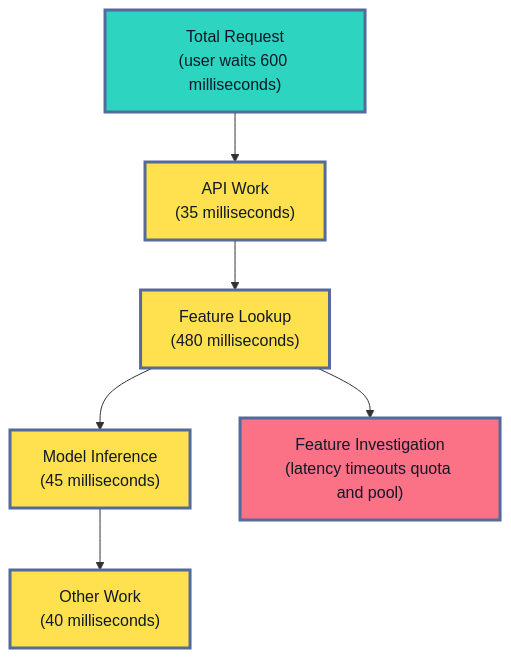
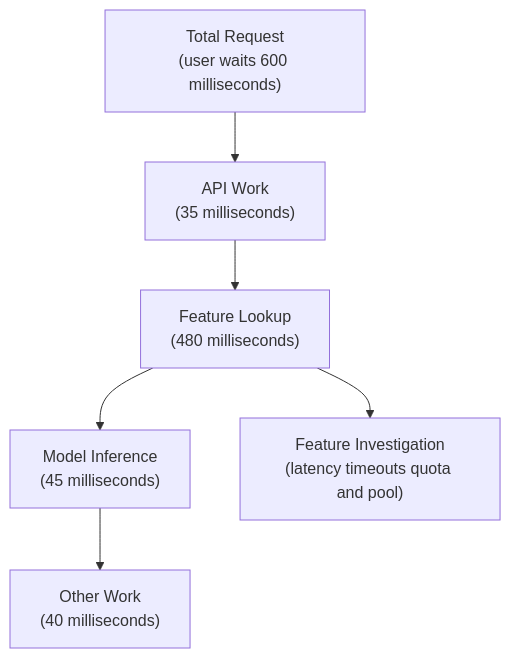
Before and after one commit to senlinyy/dev-roadmaps: the sixth of 11 diagrams in roadmaps/mlops/modules/monitoring-and-feedback/system-observability/01-monitoring-latency-errors-resources.md, drawn with Mermaid. The commit also changed other lines of this file and 152 other files, not shown here.

Commit message:
feat: mlops and diagrams updated

````diff
--- a/roadmaps/mlops/modules/monitoring-and-feedback/system-observability/01-monitoring-latency-errors-resources.md
+++ b/roadmaps/mlops/modules/monitoring-and-feedback/system-observability/01-monitoring-latency-errors-resources.md
@@ -500,15 +458,12 @@
 ```mermaid
 flowchart TD
     A["Total Request<br/>(user waits 600 milliseconds)"] --> B["API Work<br/>(35 milliseconds)"]
     B --> C["Feature Lookup<br/>(480 milliseconds)"]
     C --> D["Model Inference<br/>(45 milliseconds)"]
     D --> E["Other Work<br/>(40 milliseconds)"]
     C --> F["Feature Investigation<br/>(latency timeouts quota and pool)"]
 
-    classDef total fill:#2DD4BF,stroke:#536A9A,stroke-width:3px,color:#0F172A
-    classDef stage fill:#FFE04F,stroke:#536A9A,stroke-width:3px,color:#111827
-    classDef action fill:#FB7185,stroke:#536A9A,stroke-width:3px,color:#111827
     class A total
     class B,C,D,E stage
     class F action
 ```
````
